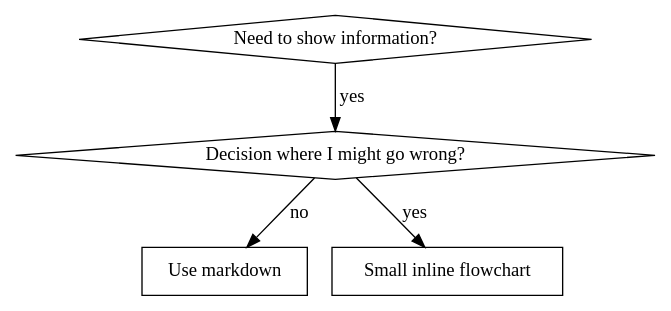
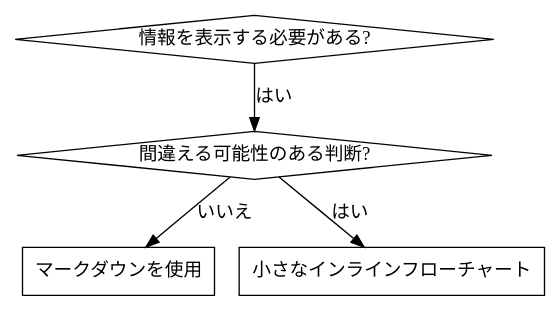
One commit to ishimori/test-superpower changed the first of 2 diagrams in .claude/skills/writing-skills/SKILL.md. Above: the diagram before and after it, drawn with Graphviz. The commit also changed other lines of this file and 15 other files, not shown here.

````diff
--- a/.claude/skills/writing-skills/SKILL.md
+++ b/.claude/skills/writing-skills/SKILL.md
@@ -292,12 +292,12 @@
 ```dot
 digraph when_flowchart {
-    "Need to show information?" [shape=diamond];
-    "Decision where I might go wrong?" [shape=diamond];
-    "Use markdown" [shape=box];
-    "Small inline flowchart" [shape=box];
+    "情報を表示する必要がある?" [shape=diamond];
+    "間違える可能性のある判断?" [shape=diamond];
+    "マークダウンを使用" [shape=box];
+    "小さなインラインフローチャート" [shape=box];
 
-    "Need to show information?" -> "Decision where I might go wrong?" [label="yes"];
-    "Decision where I might go wrong?" -> "Small inline flowchart" [label="yes"];
-    "Decision where I might go wrong?" -> "Use markdown" [label="no"];
+    "情報を表示する必要がある?" -> "間違える可能性のある判断?" [label="はい"];
+    "間違える可能性のある判断?" -> "小さなインラインフローチャート" [label="はい"];
+    "間違える可能性のある判断?" -> "マークダウンを使用" [label="いいえ"];
 }
 ```
````
